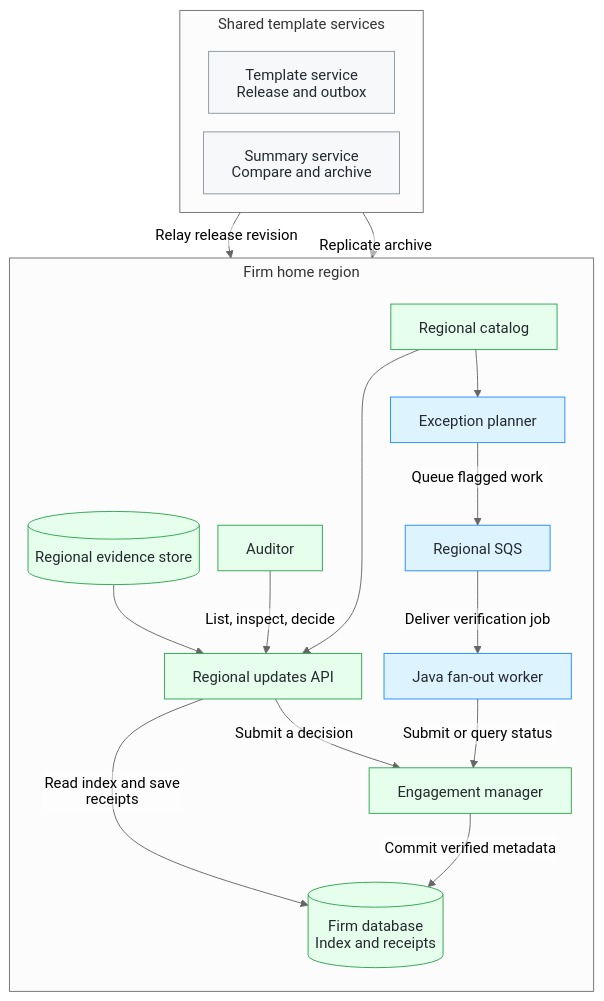
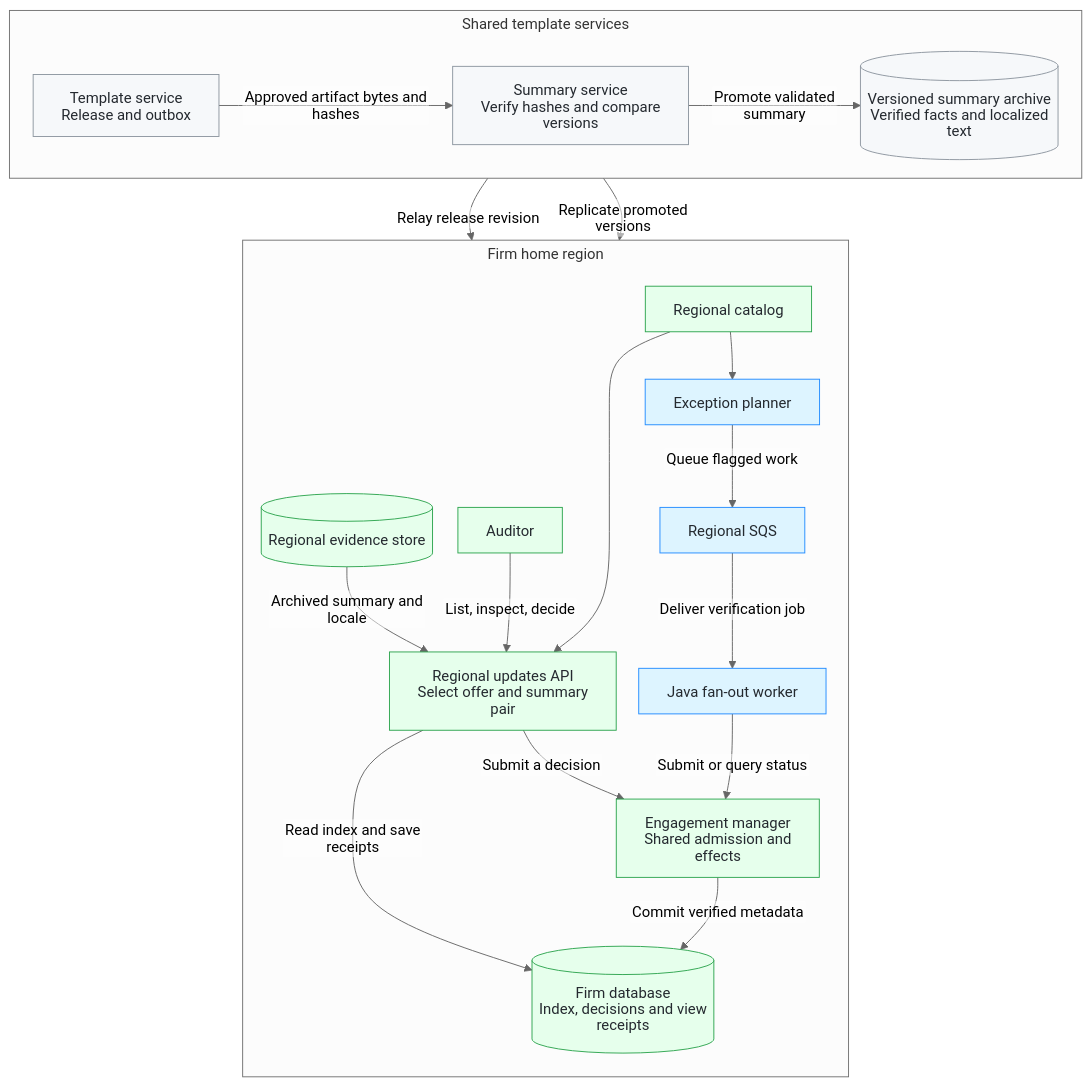
Before and after one commit to luisfm44/caseware-template-fanout-worker: the diagram in docs/system-architecture.md, drawn with Mermaid. The commit also changed other lines of this file and 14 other files, not shown here.

````diff
--- a/docs/system-architecture.md
+++ b/docs/system-architecture.md
@@ -5,57 +7,60 @@
 ```mermaid
 ---
 config:
   theme: neutral
   htmlLabels: false
   flowchart:
     rankSpacing: 26
     nodeSpacing: 20
     wrappingWidth: 205
     subGraphTitleMargin:
       top: 4
       bottom: 20
 ---
 flowchart TB
     accTitle: Proposed regional system architecture
-    accDescr: Shared template services publish release revisions to a regional catalog and replicate approved summaries to a regional evidence store. The regional updates API serves the auditor using authorized firm data. A regional exception planner enqueues SQS verification jobs for the Java worker, which submits and reconciles work through the engagement manager.
+    accDescr: The template service supplies approved artifact bytes and hashes to the summary service, which verifies and compares them before archiving localized summaries. The firm's updates API selects offers from regional release and engagement data and serves archived summaries with view receipts. A planner publishes verification jobs to regional SQS. The Java worker reconciles them through the engagement manager, which owns downstream admission and effects.
 
     subgraph SHARED["Shared template services"]
         direction LR
         RELEASE["Template service<br/>Release and outbox"]
-        SUMMARY["Summary service<br/>Compare and archive"]
+        SUMMARY["Summary service<br/>Verify hashes and compare versions"]
+        ARCHIVE[("Versioned summary archive<br/>Verified facts and localized text")]
+        RELEASE -->|"Approved artifact bytes and hashes"| SUMMARY
+        SUMMARY -->|"Promote validated summary"| ARCHIVE
     end
 
     subgraph REGION["Firm home region"]
         direction TB
         CATALOG["Regional catalog"]
         EVIDENCE[("Regional evidence store")]
-        API["Regional updates API"]
+        API["Regional updates API<br/>Select offer and summary pair"]
         AUDITOR["Auditor"]
         PLANNER["Exception planner"]
         QUEUE["Regional SQS"]
         WORKER["Java fan-out worker"]
-        MANAGER["Engagement manager"]
-        FIRM[("Firm database<br/>Index and receipts")]
+        MANAGER["Engagement manager<br/>Shared admission and effects"]
+        FIRM[("Firm database<br/>Index, decisions and view receipts")]
 
         CATALOG --> API
-        EVIDENCE --> API
+        EVIDENCE -->|"Archived summary and locale"| API
         AUDITOR -->|"List, inspect, decide"| API
         API -->|"Read index and save receipts"| FIRM
         CATALOG --> PLANNER
         PLANNER -->|"Queue flagged work"| QUEUE
         QUEUE -->|"Deliver verification job"| WORKER
         WORKER -->|"Submit or query status"| MANAGER
         API -->|"Submit a decision"| MANAGER
         MANAGER -->|"Commit verified metadata"| FIRM
     end
 
     RELEASE -->|"Relay release revision"| CATALOG
-    SUMMARY -->|"Replicate archive"| EVIDENCE
+    ARCHIVE -->|"Replicate promoted versions"| EVIDENCE
 
     classDef shared fill:#f6f8fa,stroke:#8c959f,color:#24292f
     classDef regional fill:#e6ffec,stroke:#2da44e,color:#24292f
     classDef background fill:#ddf4ff,stroke:#218bff,color:#24292f
-    class RELEASE,SUMMARY shared
+    class RELEASE,SUMMARY,ARCHIVE shared
     class CATALOG,EVIDENCE,API,AUDITOR,MANAGER,FIRM regional
     class PLANNER,QUEUE,WORKER background
 ```
````
